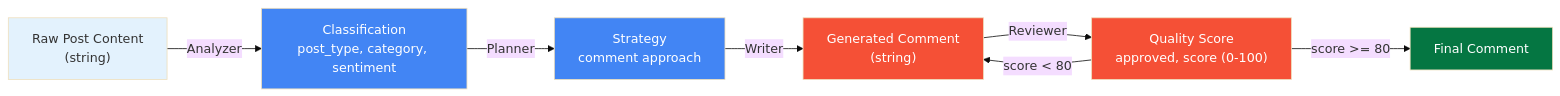
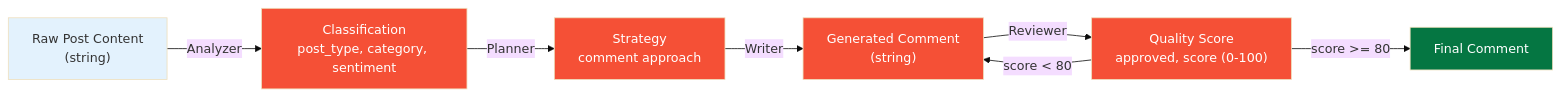
The sixth of 10 diagrams in doc/ARCHITECTURE.md (himanshu231204/linkedin-ai-comment-copilot), drawn with Mermaid (base theme) before and after one commit. The commit also changed other lines of this file and 4 other files, not shown here.

````diff
--- a/doc/ARCHITECTURE.md
+++ b/doc/ARCHITECTURE.md
@@ -220,17 +268,17 @@
 ```mermaid
 graph LR
     A["Raw Post Content<br/>(string)"] -->|Analyzer| B["Classification<br/>post_type, category, sentiment"]
     B -->|Planner| C["Strategy<br/>comment approach"]
     C -->|Writer| D["Generated Comment<br/>(string)"]
     D -->|Reviewer| E["Quality Score<br/>approved, score (0-100)"]
 
     E -->|"score >= 80"| F["Final Comment"]
     E -->|"score < 80"| D
 
     style A fill:#E3F2FD
-    style B fill:#4285F4,color:#fff
-    style C fill:#4285F4,color:#fff
+    style B fill:#F55036,color:#fff
+    style C fill:#F55036,color:#fff
     style D fill:#F55036,color:#fff
     style E fill:#F55036,color:#fff
     style F fill:#057642,color:#fff
 ```
````
